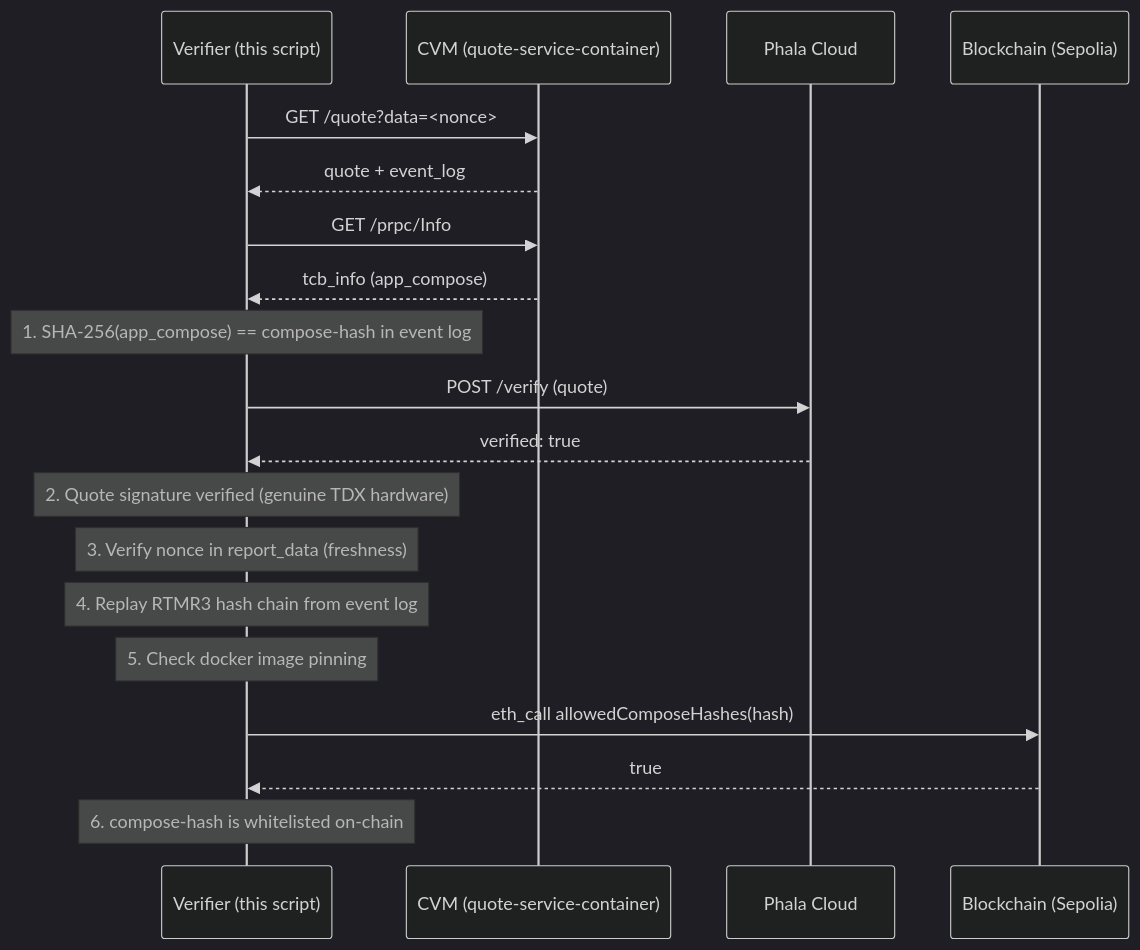
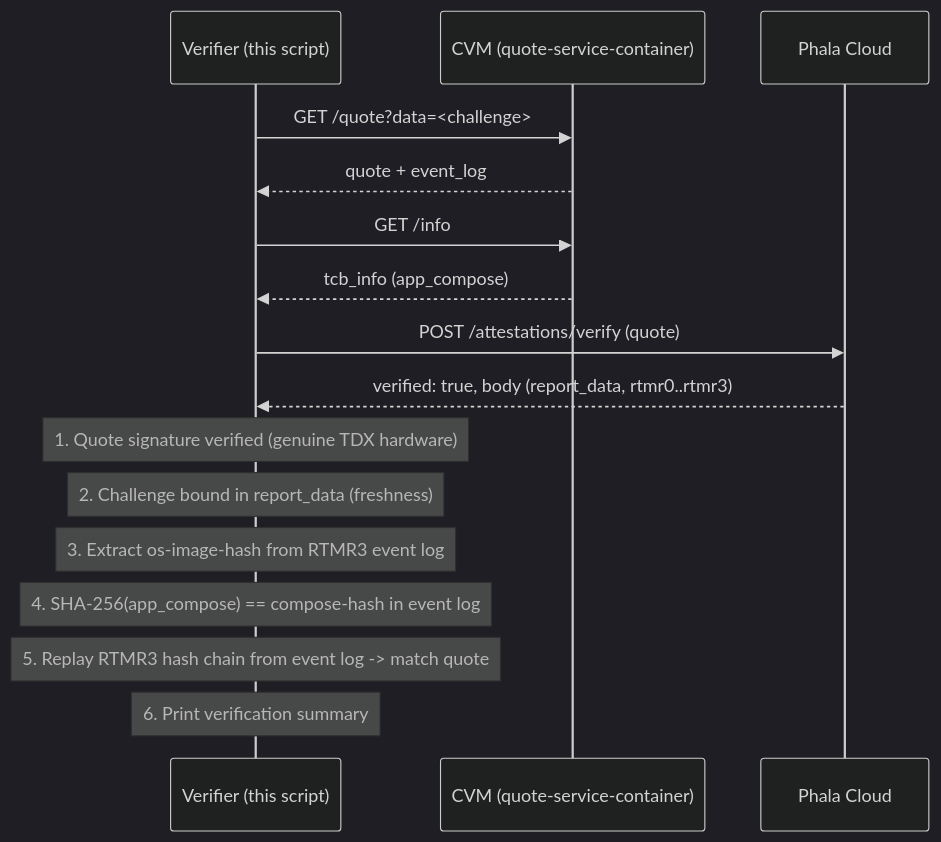
The diagram in README.md (aghiles-ait/python-verifier), drawn with Mermaid (dark theme) before and after one commit. The commit also changed other lines of this file and 2 other files, not shown here.

````diff
--- a/README.md
+++ b/README.md
@@ -41,28 +82,22 @@
 ```mermaid
 sequenceDiagram
     participant V as Verifier (this script)
     participant C as CVM (quote-service-container)
     participant P as Phala Cloud
-    participant B as Blockchain (Sepolia)
 
-    V->>C: GET /quote?data=<nonce>
+    V->>C: GET /quote?data=<challenge>
     C-->>V: quote + event_log
 
-    V->>C: GET /prpc/Info
+    V->>C: GET /info
     C-->>V: tcb_info (app_compose)
 
-    Note over V: 1. SHA-256(app_compose) == compose-hash in event log
+    V->>P: POST /attestations/verify (quote)
+    P-->>V: verified: true, body (report_data, rtmr0..rtmr3)
 
-    V->>P: POST /verify (quote)
-    P-->>V: verified: true
-
-    Note over V: 2. Quote signature verified (genuine TDX hardware)
-    Note over V: 3. Verify nonce in report_data (freshness)
-    Note over V: 4. Replay RTMR3 hash chain from event log
-    Note over V: 5. Check docker image pinning
-
-    V->>B: eth_call allowedComposeHashes(hash)
-    B-->>V: true
-
-    Note over V: 6. compose-hash is whitelisted on-chain
+    Note over V: 1. Quote signature verified (genuine TDX hardware)
+    Note over V: 2. Challenge bound in report_data (freshness)
+    Note over V: 3. Extract os-image-hash from RTMR3 event log
+    Note over V: 4. SHA-256(app_compose) == compose-hash in event log
+    Note over V: 5. Replay RTMR3 hash chain from event log -> match quote
+    Note over V: 6. Print verification summary
 ```
````
